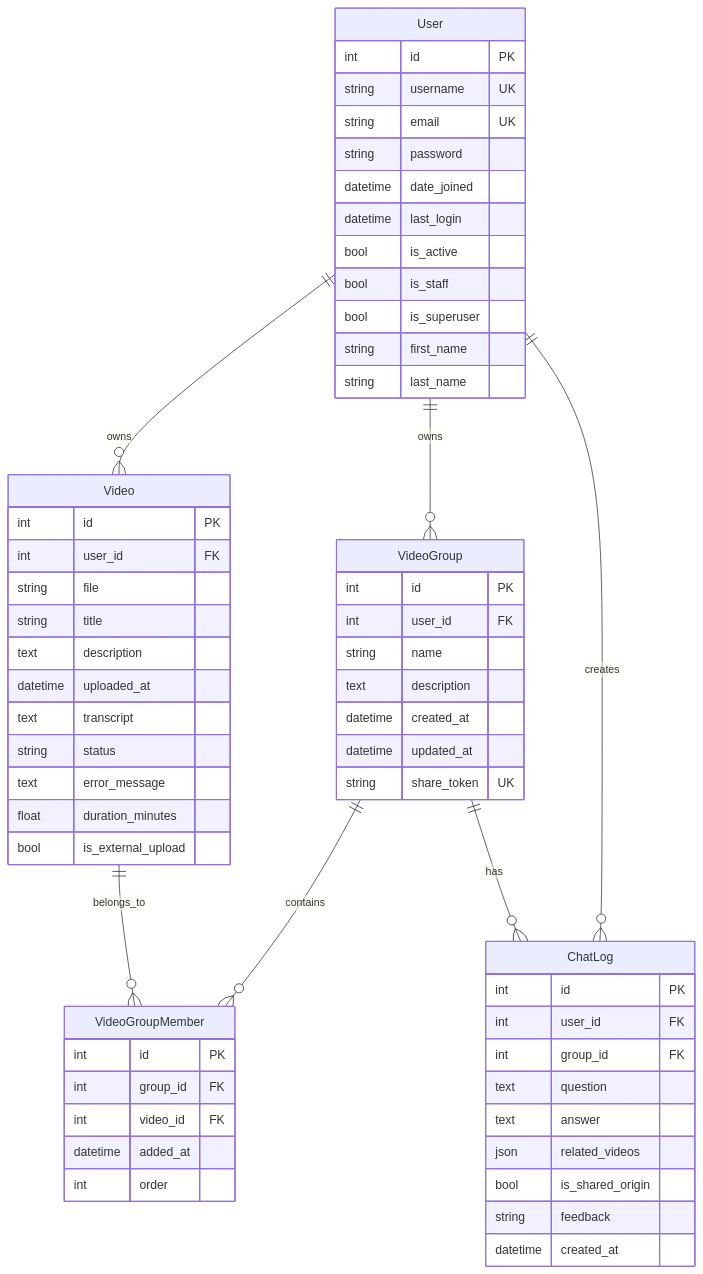
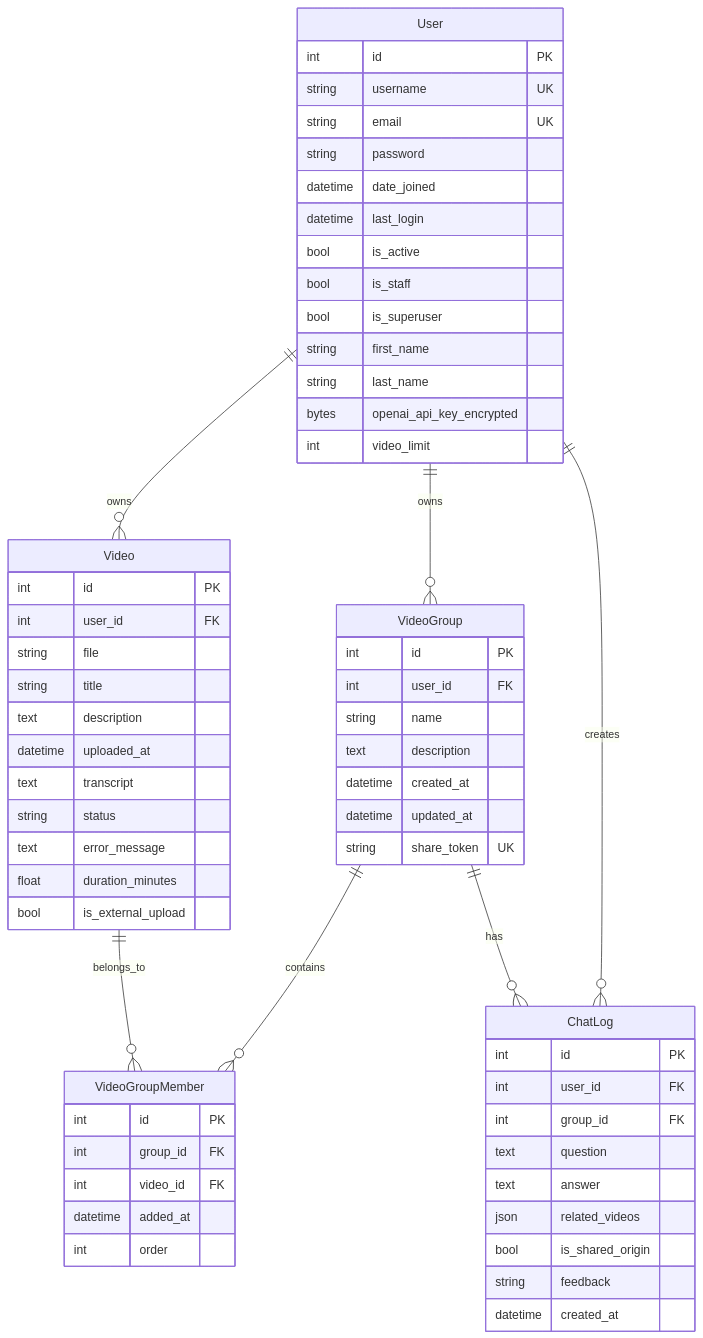
One commit to yukiharada1228/videoq changed the diagram in docs/database/er-diagram.md. Above: the diagram before and after it, drawn with Mermaid. The commit also changed 10 other files, not shown here.

Commit message:
docs: Update documentation for video upload limits and per-user OpenAI API key management

````diff
--- a/docs/database/er-diagram.md
+++ b/docs/database/er-diagram.md
@@ -9,67 +9,69 @@
 ```mermaid
 erDiagram
     User ||--o{ Video : owns
     User ||--o{ VideoGroup : owns
     User ||--o{ ChatLog : creates
     VideoGroup ||--o{ VideoGroupMember : contains
     Video ||--o{ VideoGroupMember : belongs_to
     VideoGroup ||--o{ ChatLog : has
     
     User {
         int id PK
         string username UK
         string email UK
         string password
         datetime date_joined
         datetime last_login
         bool is_active
         bool is_staff
         bool is_superuser
         string first_name
         string last_name
+        bytes openai_api_key_encrypted
+        int video_limit
     }
     
     Video {
         int id PK
         int user_id FK
         string file
         string title
         text description
         datetime uploaded_at
         text transcript
         string status
         text error_message
         float duration_minutes
         bool is_external_upload
     }
     
     VideoGroup {
         int id PK
         int user_id FK
         string name
         text description
         datetime created_at
         datetime updated_at
         string share_token UK
     }
     
     VideoGroupMember {
         int id PK
         int group_id FK
         int video_id FK
         datetime added_at
         int order
     }
     
     ChatLog {
         int id PK
         int user_id FK
         int group_id FK
         text question
         text answer
         json related_videos
         bool is_shared_origin
         string feedback
         datetime created_at
     }
 ```
````
